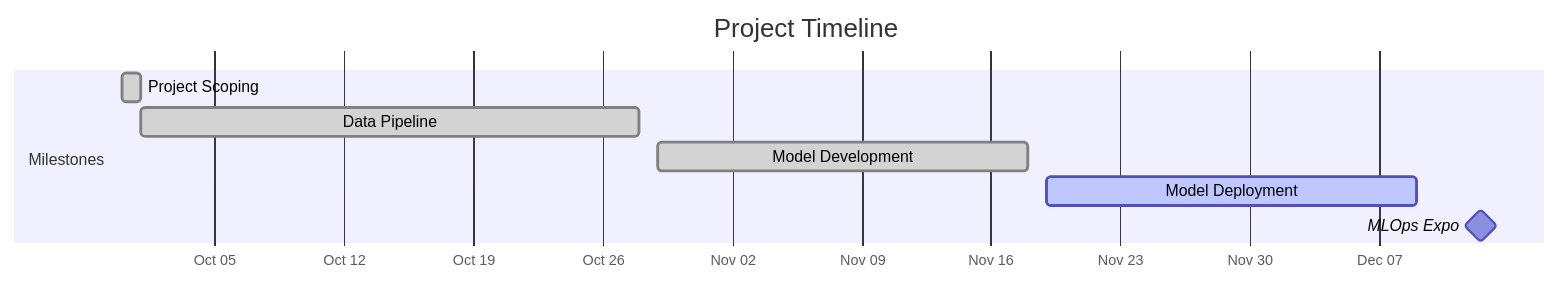
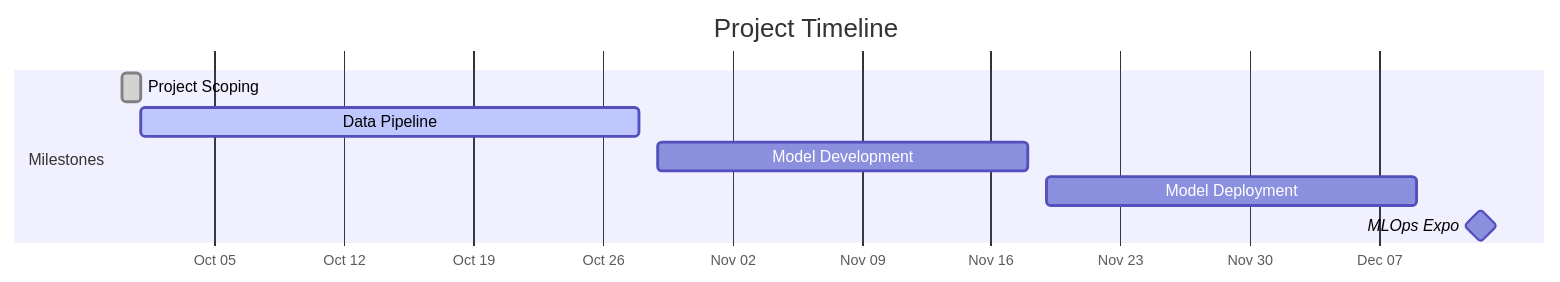
The diagram in README.md (PranavViswanathan/Optimizing-Bluebikes-Operations-with-Machine-Learning-Based-Demand-Prediction), drawn with Mermaid before and after one commit. The commit also changed other lines of this file and 146 other files, not shown here.

````diff
--- a/README.md
+++ b/README.md
@@ -114,13 +110,13 @@
 ```mermaid
     gantt
         title Project Timeline
         dateFormat  YYYY-MM-DD
         axisFormat  %b %d
     
         section Milestones
         Project Scoping          :done,    ms1, 2025-09-30, 1d
-        Data Pipeline            :done,  ms2, 2025-10-01, 2025-10-28
-        Model Development        :done,         ms3, 2025-10-29, 2025-11-18
-        Model Deployment         :active,         ms4, 2025-11-19, 2025-12-09
+        Data Pipeline            :active,  ms2, 2025-10-01, 2025-10-28
+        Model Development        :         ms3, 2025-10-29, 2025-11-18
+        Model Deployment         :         ms4, 2025-11-19, 2025-12-09
         MLOps Expo               :milestone, ms5, 2025-12-12, 1d
 ```
````
